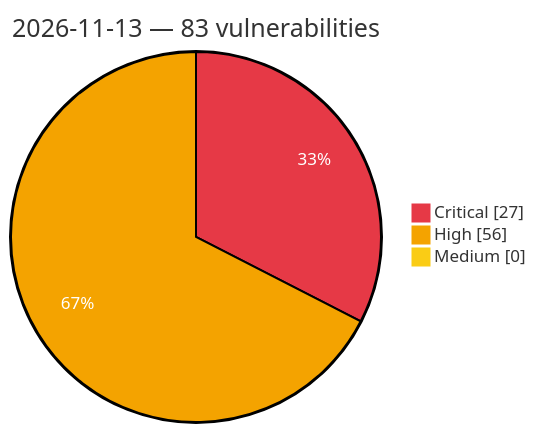
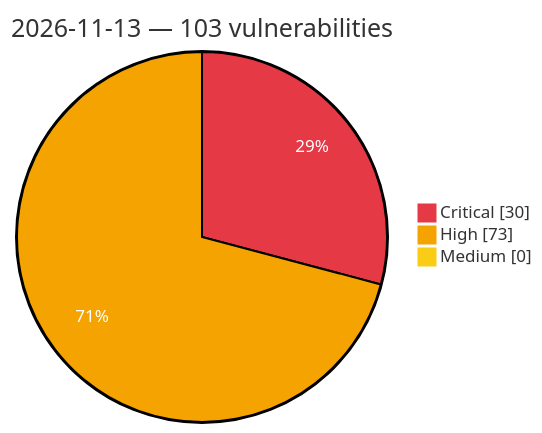
Before and after one commit to GhostX0X/vuln-tracker: the diagram in vulnerabilities/2026/November/2026-11-13.md, drawn with Mermaid. The commit also changed other lines of this file and 5 other files, not shown here.

Commit message:
Auto update: critical/high vulns (2026-11-14 03:33 UTC)

````diff
--- a/vulnerabilities/2026/November/2026-11-13.md
+++ b/vulnerabilities/2026/November/2026-11-13.md
@@ -3,8 +3,8 @@
 ```mermaid
 %%{init: {'theme':'base', 'themeVariables': {'pie1':'#e63946', 'pie2':'#f4a300', 'pie3':'#facc15', 'pieOpacity':'1', 'pieOuterStrokeWidth':'2px', 'pieSectionTextColor':'#ffffff'}}}%%
 pie showData
-    title 2026-11-13 — 83 vulnerabilities
-    "Critical" : 27
-    "High" : 56
+    title 2026-11-13 — 103 vulnerabilities
+    "Critical" : 30
+    "High" : 73
     "Medium" : 0
 ```
````
